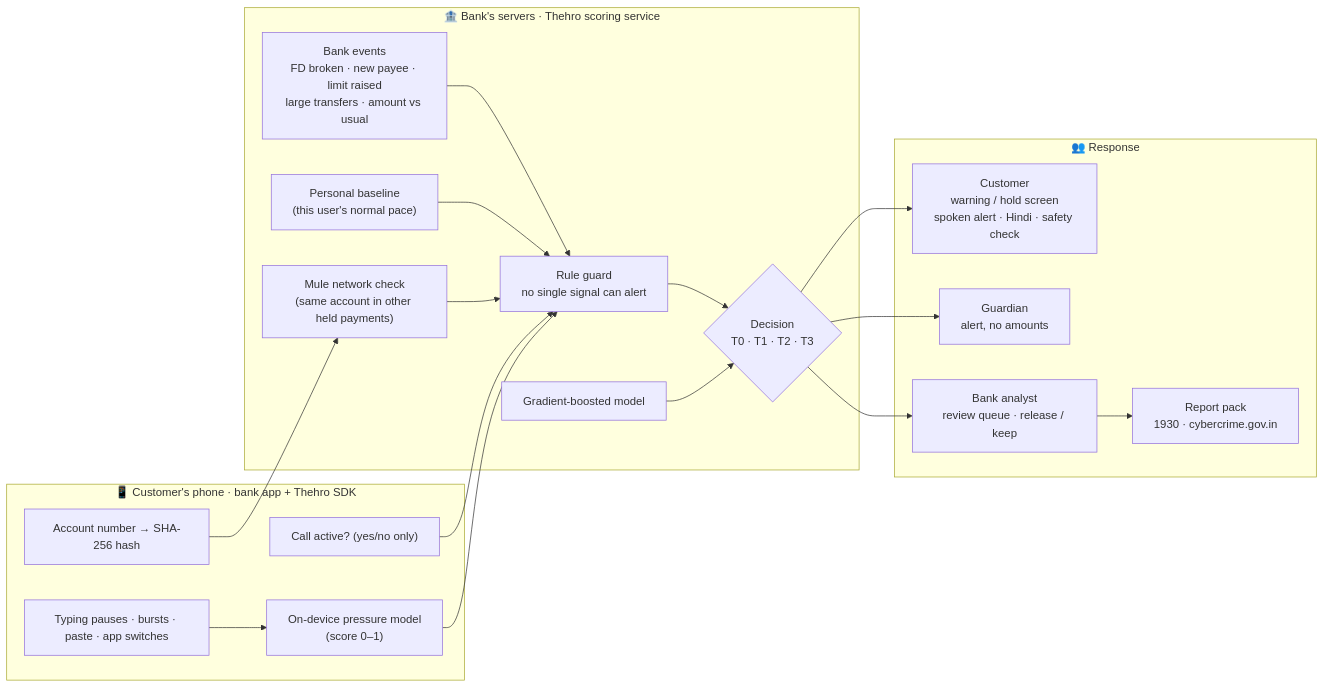
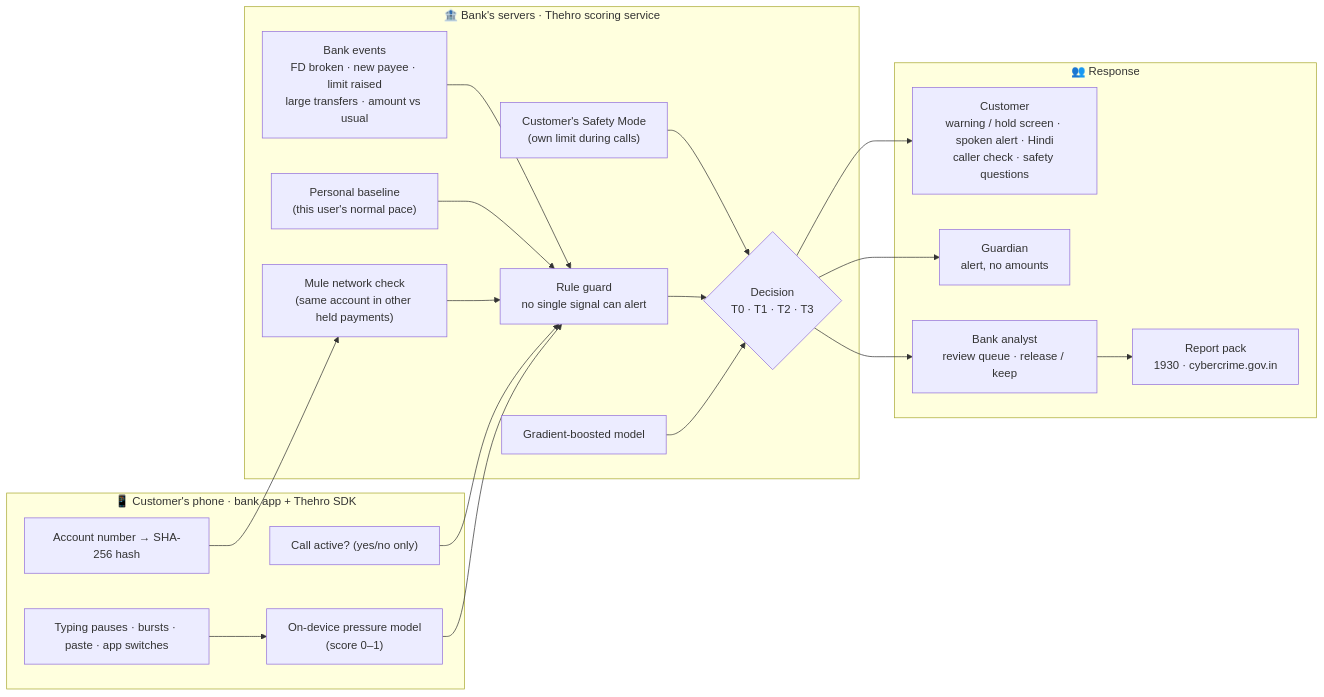
Before and after one commit to sameer-sde/thehro: the first of 2 diagrams in README.md, drawn with Mermaid. The commit also changed other lines of this file, not shown here.

Commit message:
Safety Mode, caller check, README

````diff
--- a/README.md
+++ b/README.md
@@ -23,39 +23,41 @@
 ```mermaid
 flowchart LR
     subgraph PHONE["📱 Customer's phone · bank app + Thehro SDK"]
         A1["Call active? (yes/no only)"]
         A2["Typing pauses · bursts · paste · app switches"]
         A3["On-device pressure model<br/>(score 0–1)"]
         A4["Account number → SHA-256 hash"]
         A2 --> A3
     end
 
     subgraph BANK["🏦 Bank's servers · Thehro scoring service"]
         B1["Bank events<br/>FD broken · new payee · limit raised<br/>large transfers · amount vs usual"]
         B2["Personal baseline<br/>(this user's normal pace)"]
         B3["Mule network check<br/>(same account in other held payments)"]
+        B7["Customer's Safety Mode<br/>(own limit during calls)"]
+        B7 --> B6
         B4["Rule guard<br/>no single signal can alert"]
         B5["Gradient-boosted model"]
         B6{"Decision<br/>T0 · T1 · T2 · T3"}
         B1 --> B4
         B2 --> B4
         B3 --> B4
         B4 --> B6
         B5 --> B6
     end
 
     subgraph PEOPLE["👥 Response"]
-        C1["Customer<br/>warning / hold screen<br/>spoken alert · Hindi · safety check"]
+        C1["Customer<br/>warning / hold screen · spoken alert · Hindi<br/>caller check · safety questions"]
         C2["Guardian<br/>alert, no amounts"]
         C3["Bank analyst<br/>review queue · release / keep"]
         C4["Report pack<br/>1930 · cybercrime.gov.in"]
     end
 
     A1 --> B4
     A3 --> B4
     A4 --> B3
     B6 --> C1
     B6 --> C2
     B6 --> C3
     C3 --> C4
 ```
````
